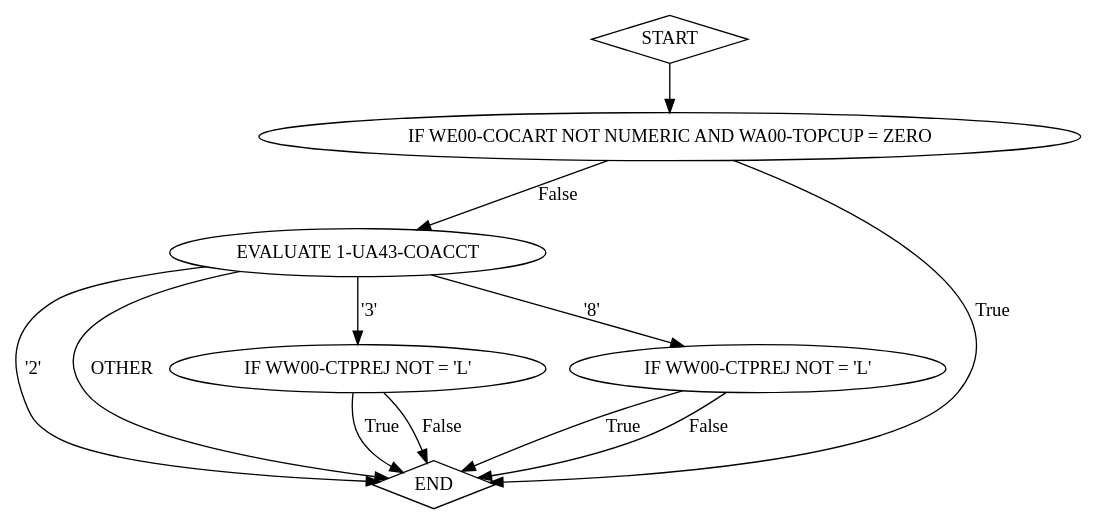
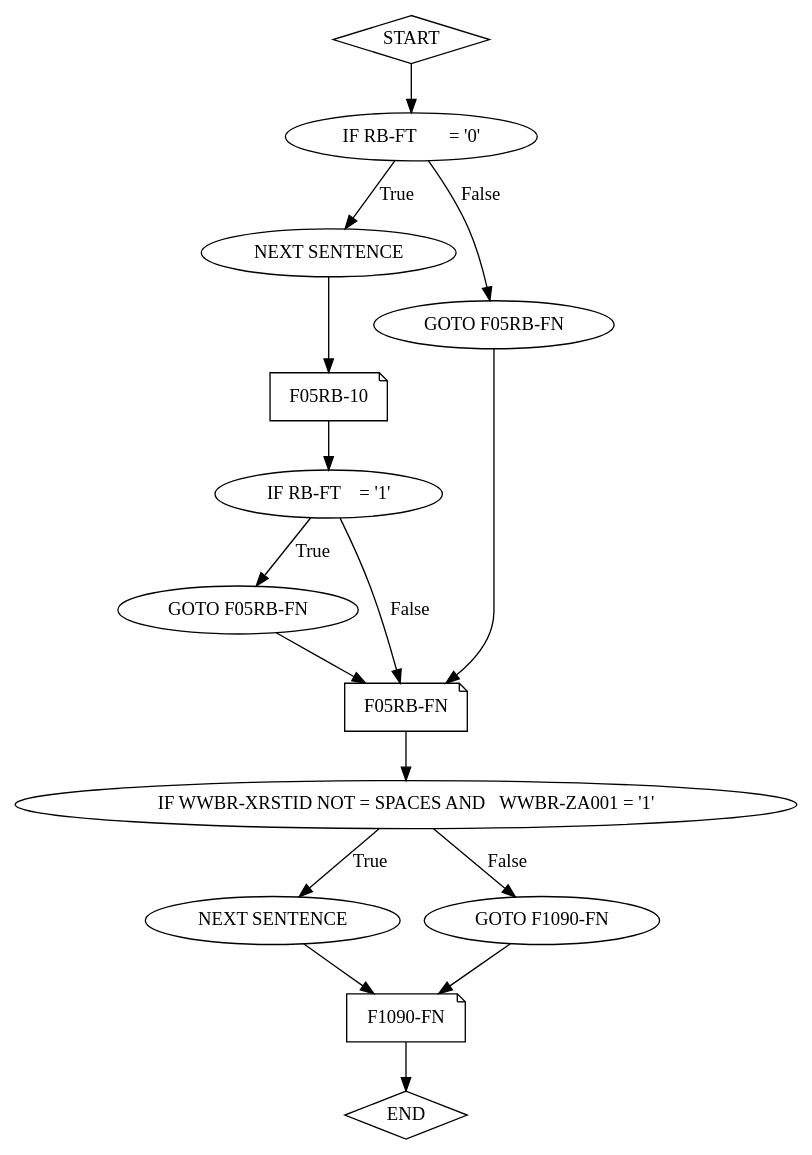
One commit to CelineDknp/SemiParsingCFG changed the diagram in partial.COB.gv. Above: the diagram before and after it, drawn with Graphviz. The commit also changed 56 other files, not shown here.

Commit message:
GOTOs, NEXT SENTENCE and cleanup

```diff
--- a/partial.COB.gv
+++ b/partial.COB.gv
@@ -1,25 +1,43 @@
 digraph "partial.COB" {
 	node [shape=diamond]
-	13 [label=START]
+	19 [label=START]
 	node [shape=ellipse]
-	0 [label="IF WE00-COCART NOT NUMERIC AND WA00-TOPCUP = ZERO"]
+	1 [label="IF RB-FT       = '0'"]
 	node [shape=ellipse]
-	2 [label="EVALUATE 1-UA43-COACCT"]
+	2 [label="NEXT SENTENCE"]
+	node [shape=ellipse]
+	4 [label="GOTO F05RB-FN"]
+	node [shape=note]
+	6 [label="F05RB-10"]
+	node [shape=ellipse]
+	7 [label="IF RB-FT    = '1'"]
+	node [shape=ellipse]
+	8 [label="GOTO F05RB-FN"]
+	node [shape=note]
+	10 [label="F05RB-FN"]
+	node [shape=ellipse]
+	13 [label="IF WWBR-XRSTID NOT = SPACES AND   WWBR-ZA001 = '1'"]
+	node [shape=ellipse]
+	14 [label="NEXT SENTENCE"]
+	node [shape=ellipse]
+	16 [label="GOTO F1090-FN"]
+	node [shape=note]
+	18 [label="F1090-FN"]
 	node [shape=diamond]
-	23 [label=END]
-	node [shape=ellipse]
-	5 [label="IF WW00-CTPREJ NOT = 'L'"]
-	node [shape=ellipse]
-	8 [label="IF WW00-CTPREJ NOT = 'L'"]
-	13 -> 0
-	0 -> 23 [label=True]
-	0 -> 2 [label=False]
-	2 -> 23 [label="'2'"]
-	2 -> 5 [label="'3'"]
-	2 -> 8 [label="'8'"]
-	2 -> 23 [label=OTHER]
-	5 -> 23 [label=True]
-	5 -> 23 [label=False]
-	8 -> 23 [label=True]
-	8 -> 23 [label=False]
+	25 [label=END]
+	19 -> 1
+	1 -> 2 [label=True]
+	1 -> 4 [label=False]
+	2 -> 6
+	4 -> 10
+	6 -> 7
+	7 -> 8 [label=True]
+	7 -> 10 [label=False]
+	8 -> 10
+	10 -> 13
+	13 -> 14 [label=True]
+	13 -> 16 [label=False]
+	14 -> 18
+	16 -> 18
+	18 -> 25
 }
```
